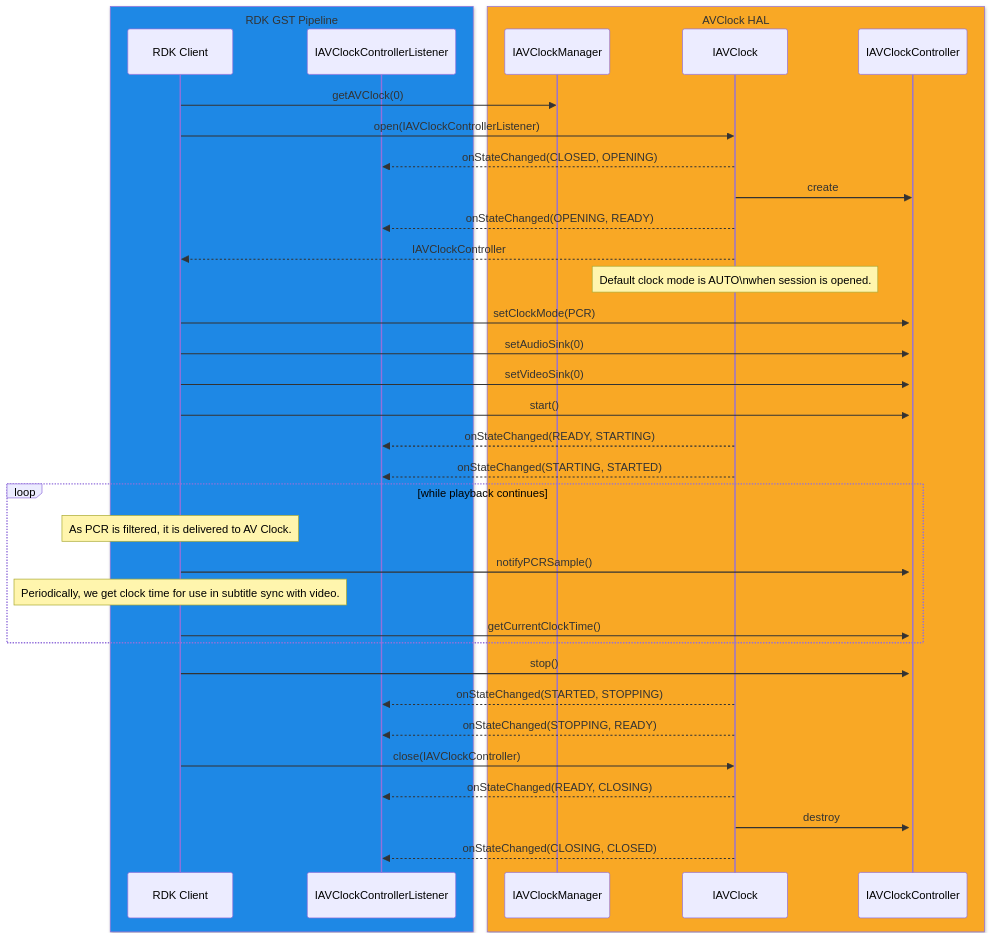
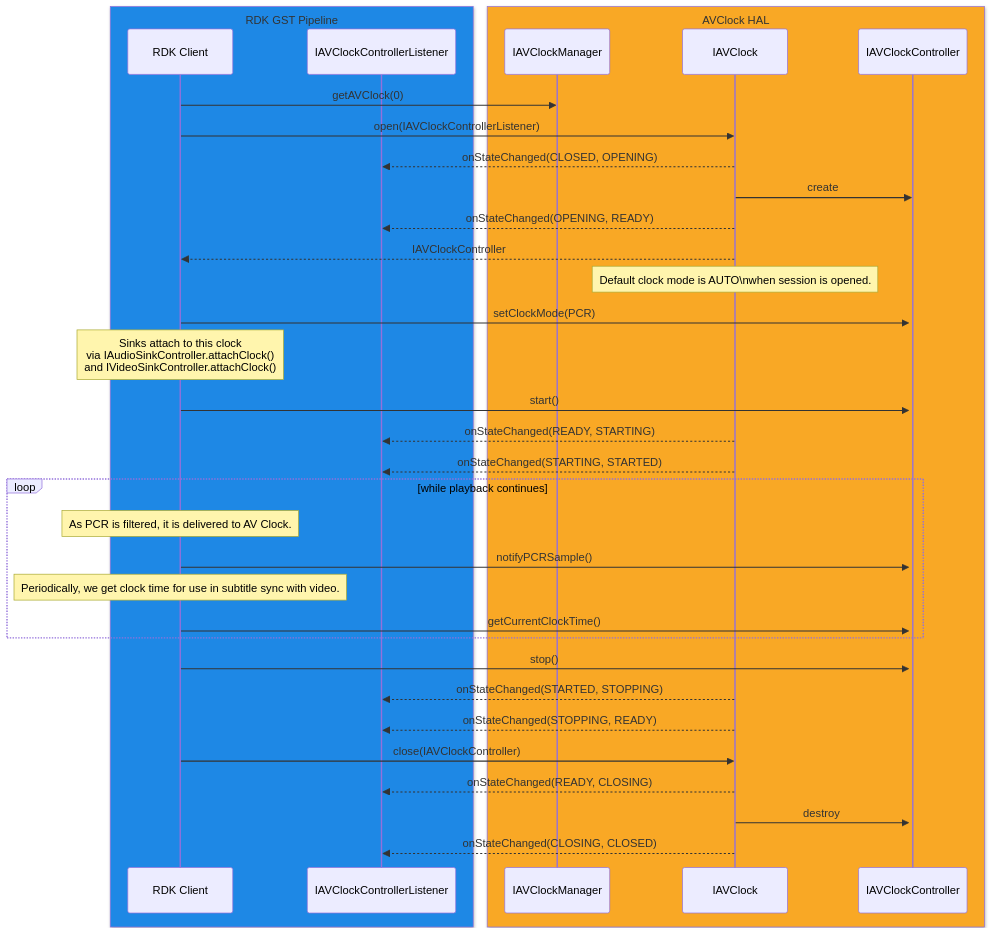
The fifth of 7 diagrams in docs/halif/av_clock/current/av_clock.md (rdkcentral/rdk-halif-aidl), drawn with Mermaid before and after one commit. The commit also changed other lines of this file and 7 other files, not shown here.

````diff
--- a/docs/halif/av_clock/current/av_clock.md
+++ b/docs/halif/av_clock/current/av_clock.md
@@ -406,40 +401,39 @@
 ```mermaid
 sequenceDiagram
     box rgb(30,136,229) RDK GST Pipeline
       participant Client as RDK Client
       participant Listener as IAVClockControllerListener
     end
     box rgb(249,168,37) AVClock HAL
       participant CLKMAN as IAVClockManager
       participant CLK as IAVClock
       participant CTRL as IAVClockController
     end
 
     Client->>CLKMAN: getAVClock(0)
     Client->>CLK: open(IAVClockControllerListener)
     CLK-->>Listener: onStateChanged(CLOSED, OPENING)
     CLK->>CTRL: create
     activate CTRL
     CLK-->>Listener: onStateChanged(OPENING, READY)
     CLK-->>Client: IAVClockController
     note over CLK: Default clock mode is AUTO\nwhen session is opened.
     Client->>CTRL: setClockMode(PCR)
-    Client->>CTRL: setAudioSink(0)
-    Client->>CTRL: setVideoSink(0)
+    note over Client: Sinks attach to this clock<br>via IAudioSinkController.attachClock()<br>and IVideoSinkController.attachClock()
     Client->>CTRL: start()
     CLK-->>Listener: onStateChanged(READY, STARTING)
     CLK-->>Listener: onStateChanged(STARTING, STARTED)
     loop while playback continues
       note over Client: As PCR is filtered, it is delivered to AV Clock.
       Client->>CTRL: notifyPCRSample()
       note over Client: Periodically, we get clock time for use in subtitle sync with video.
       Client->>CTRL: getCurrentClockTime()
     end
     Client->>CTRL: stop()
     CLK-->>Listener: onStateChanged(STARTED, STOPPING)
     CLK-->>Listener: onStateChanged(STOPPING, READY)
     Client->>CLK: close(IAVClockController)
     CLK-->>Listener: onStateChanged(READY, CLOSING)
     CLK->>CTRL: destroy
     CLK-->>Listener: onStateChanged(CLOSING, CLOSED)
 ```
````
